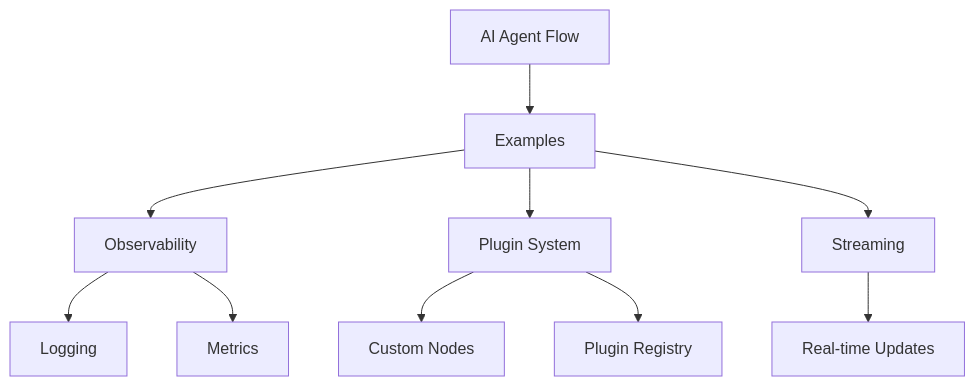
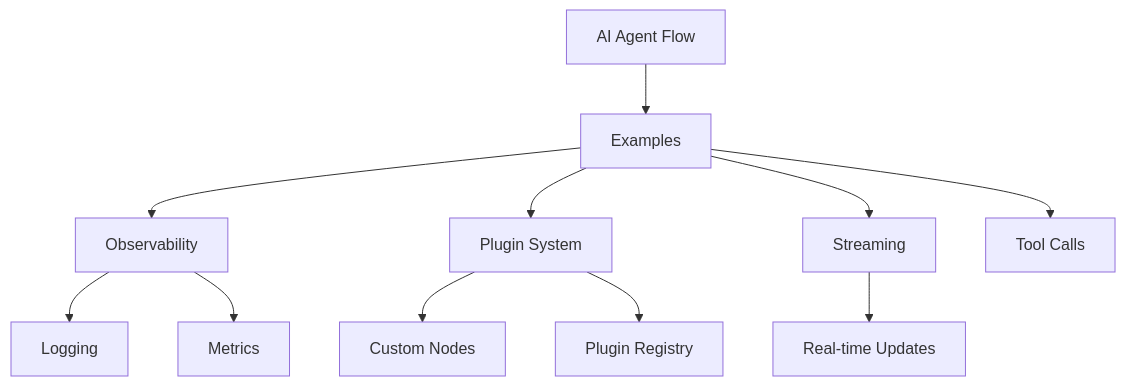
One commit to EunixTech/ai-agent-flow-examples changed the fourth of 4 diagrams in README.md. Above: the diagram before and after it, drawn with Mermaid. The commit also changed other lines of this file and 9 other files, not shown here.

````diff
--- a/README.md
+++ b/README.md
@@ -73,12 +78,13 @@
 ```mermaid
 graph TD
     A[AI Agent Flow] --> B[Examples]
     B --> C[Observability]
     B --> D[Plugin System]
     B --> E[Streaming]
+    B --> K[Tool Calls]
     C --> F[Logging]
     C --> G[Metrics]
     D --> H[Custom Nodes]
     D --> I[Plugin Registry]
     E --> J[Real-time Updates]
 ```
````
